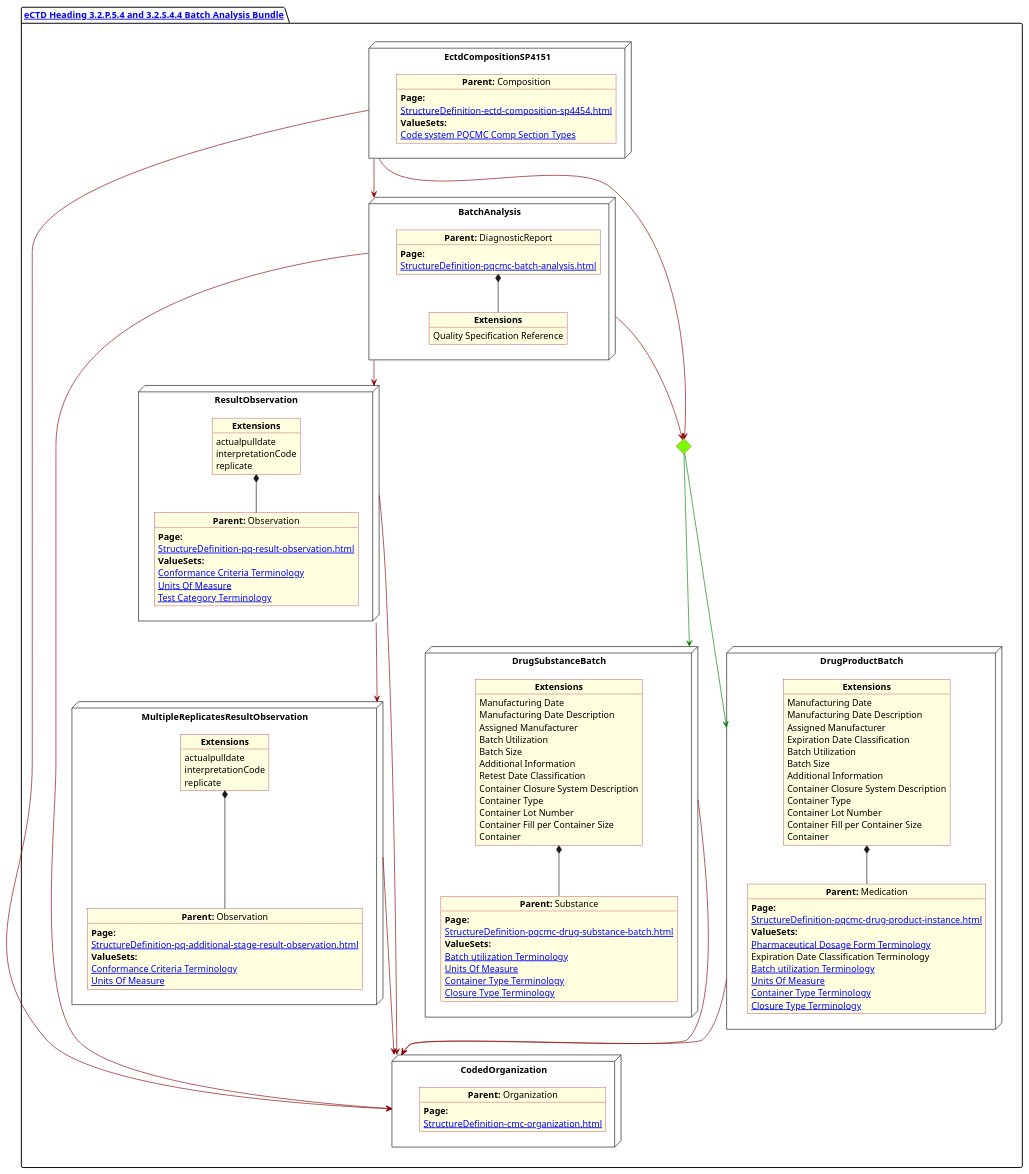
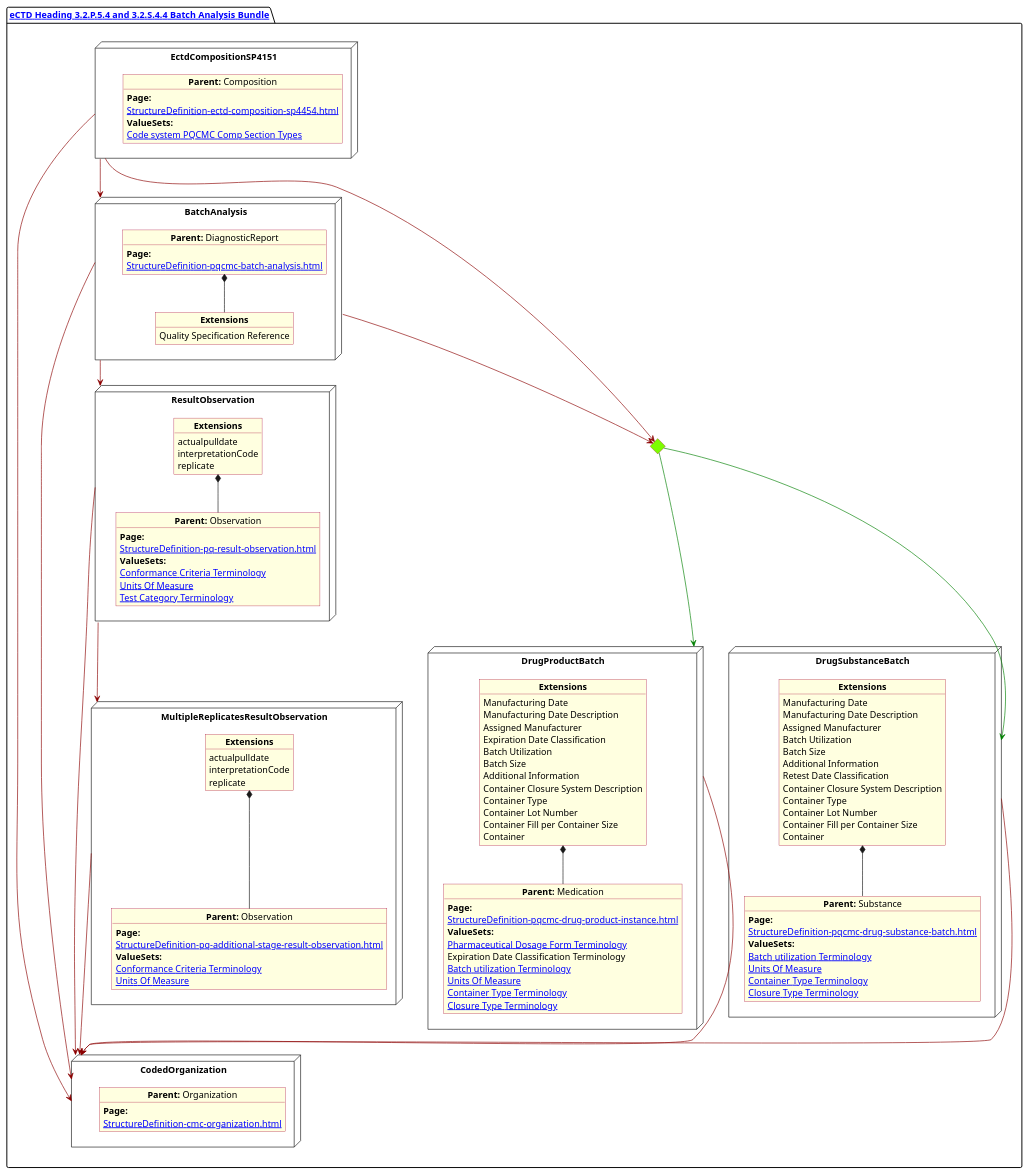
The diagram in input/images-source/BatchAnalysis.plantuml (HL7/FHIR-us-pq-cmc-fda), drawn with PlantUML before and after one commit. The commit also changed other lines of this file and 1 other file, not shown here.

Commit message:
reorder plantuml diagrams

```diff
--- a/input/images-source/BatchAnalysis.plantuml
+++ b/input/images-source/BatchAnalysis.plantuml
@@ -1,160 +1,160 @@
 @startuml BatchAnalysis
 allowmixing
 'Mixed model of use case and object
 skinparam svgDimensionStyle true
 skinparam ObjectBackgroundColor LightYellow
 skinparam ObjectBorderColor #A80036
 skinparam activityDiamondBorderColor #A80036
 skinparam activityDiamondBackgroundColor lawnGreen
 skinparam ClassBorderThickness 4
 
 package "[[StructureDefinition-cmc-ectd-document-sp4454.html eCTD Heading 3.2.P.5.4 and 3.2.S.4.4 Batch Analysis Bundle]]" as NODES {
 
 
 
 
   node "DrugProductBatch" as NN {
 
     object "**Parent:** Medication" as obj3 {
       **Page:**
       [[StructureDefinition-pqcmc-drug-product-instance.html]]
       **ValueSets:**
       [[ValueSet-spl-pharmaceutical-dosage-form-terminology.html Pharmaceutical Dosage Form Terminology]]
       Expiration Date Classification Terminology
       [[ValueSet-pqcmc-batch-utilization-terminology.html Batch utilization Terminology]]
       [[ValueSet-pqcmc-units-of-measure.html Units Of Measure]]
       [[ValueSet-pqcmc-container-type-terminology.html Container Type Terminology]]
       [[ValueSet-pqcmc-closure-type-terminology.html Closure Type Terminology]]
 
     }
 
     object "**Extensions**" as objExsBatch  {
       Manufacturing Date
       Manufacturing Date Description
       Assigned Manufacturer
       Expiration Date Classification
       Batch Utilization
       Batch Size
       Additional Information
       Container Closure System Description
       Container Type
       Container Lot Number
       Container Fill per Container Size
       Container
     }
     objExsBatch *-- obj3
   }
   node "BatchAnalysis" as N2 {
 
 
     object "**Parent:** DiagnosticReport" as obj2 {
       **Page:**
       [[StructureDefinition-pqcmc-batch-analysis.html]]
     }
     object "**Extensions**" as objQSEx {
       Quality Specification Reference
 
     }
     obj2 *-- objQSEx
   }
+  node "CodedOrganization" as NSO {
 
+    object "**Parent:** Organization" as objAu {
+      **Page:**
+      [[StructureDefinition-cmc-organization.html]]
+      
+    }
+  }
+  diamond CH
 
   node "DrugSubstanceBatch" as NNS {
 
     object "**Parent:** Substance" as obj4 {
       **Page:**
       [[StructureDefinition-pqcmc-drug-substance-batch.html]]
       **ValueSets:**
       [[ValueSet-pqcmc-batch-utilization-terminology.html Batch utilization Terminology]]
       [[ValueSet-pqcmc-units-of-measure.html Units Of Measure]]
       [[ValueSet-pqcmc-container-type-terminology.html Container Type Terminology]]
       [[ValueSet-pqcmc-closure-type-terminology.html Closure Type Terminology]]
     }
     object "**Extensions**" as objExs2 {
       Manufacturing Date
       Manufacturing Date Description
       Assigned Manufacturer
       Batch Utilization
       Batch Size
       Additional Information
       Retest Date Classification
       Container Closure System Description
       Container Type
       Container Lot Number
       Container Fill per Container Size
       Container
     }
 
     objExs2 *-- obj4
   }
 
   node "ResultObservation" as NNOBS {
 
     object "**Parent:** Observation" as observ3 {
       **Page:**
       [[StructureDefinition-pq-result-observation.html]]
       **ValueSets:**
       [[ValueSet-pqcmc-conformance-to-criteria-terminology.html Conformance Criteria Terminology]]
       [[ValueSet-pqcmc-units-of-measure.html Units Of Measure]]
       [[ValueSet-pqcmc-test-category-terminology.html Test Category Terminology]]
     }
     object "**Extensions**" as objExsObserv  {
       actualpulldate
       interpretationCode
       replicate
     }
     objExsObserv *-- observ3
   }
 
   node "MultipleReplicatesResultObservation" as NNstage {
 
     object "**Parent:** Observation" as observS {
       **Page:**
       [[StructureDefinition-pq-additional-stage-result-observation.html]]
       **ValueSets:**
       [[ValueSet-pqcmc-conformance-to-criteria-terminology.html Conformance Criteria Terminology]]
       [[ValueSet-pqcmc-units-of-measure.html Units Of Measure]]
     }
     object "**Extensions**" as objExsStageObs  {
       actualpulldate
       interpretationCode
       replicate
     }
 
     objExsStageObs *-- observS
   }
 
   node "EctdCompositionSP4151" as N1 {
 
     object "**Parent:** Composition" as obj1 {
       **Page:**
       [[StructureDefinition-ectd-composition-sp4454.html]]
       **ValueSets:**
       [[ValueSet-cmc-comp-section-types-vs.html Code system PQCMC Comp Section Types]]
     }
   }
-  node "CodedOrganization" as NSO {
 
-    object "**Parent:** Organization" as objAu {
-      **Page:**
-      [[StructureDefinition-cmc-organization.html]]
-      
-    }
-  }
-  diamond CH
 
   N1 -[#darkred]--> CH
   N1 -[#darkred]--> N2
   N1 -[#darkred]--> NSO
   CH -[#green]--> NNS
   CH -[#green]--> NN
   NNS -[#darkred]--> NSO
   NN -[#darkred]--> NSO
   N2 -[#darkred]--> CH
   N2 -[#darkred]--> NSO
   N2 -[#darkred]-> NNOBS
   NNOBS -[#darkred]--> NSO
   NNOBS -[#darkred]--> NNstage
   NNstage -[#darkred]--> NSO
 }
 @enduml
```
